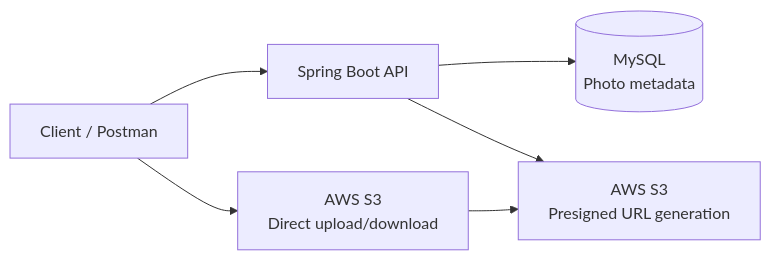
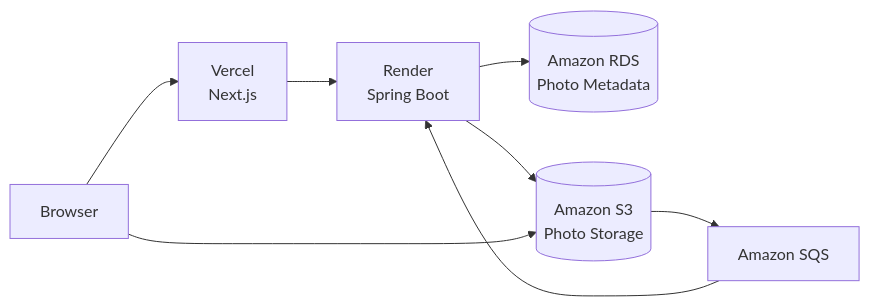
The first of 3 diagrams in README.md (SamanthaBurnett/PicLocket), drawn with Mermaid before and after one commit. The commit also changed other lines of this file, not shown here.

````diff
--- a/README.md
+++ b/README.md
@@ -13,21 +47,29 @@
 ```mermaid
-
 flowchart LR
 
-    Client[Client / Postman] --> API[Spring Boot API]
+    User[Browser]
 
+    Frontend[Vercel<br/>Next.js]
 
+    Backend[Render<br/>Spring Boot]
 
-    API --> MySQL[(MySQL<br/>Photo metadata)]
+    RDS[(Amazon RDS<br/>Photo Metadata)]
 
-    API --> S3[AWS S3<br/>Presigned URL generation]
+    S3[(Amazon S3<br/>Photo Storage)]
 
+    Queue[Amazon SQS]
 
+    User --> Frontend
 
-    Client --> S3Upload[AWS S3<br/>Direct upload/download]
+    Frontend --> Backend
 
+    Backend --> RDS
 
+    Backend --> S3
 
-    S3Upload --> S3
+    User --> S3
 
+    S3 --> Queue
+
+    Queue --> Backend
 ```
````
